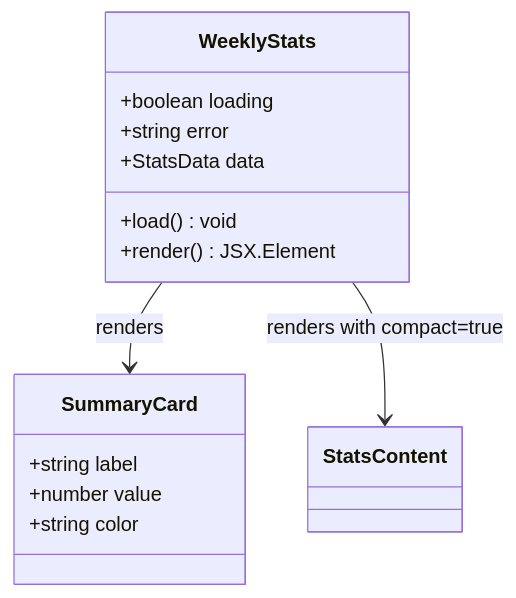
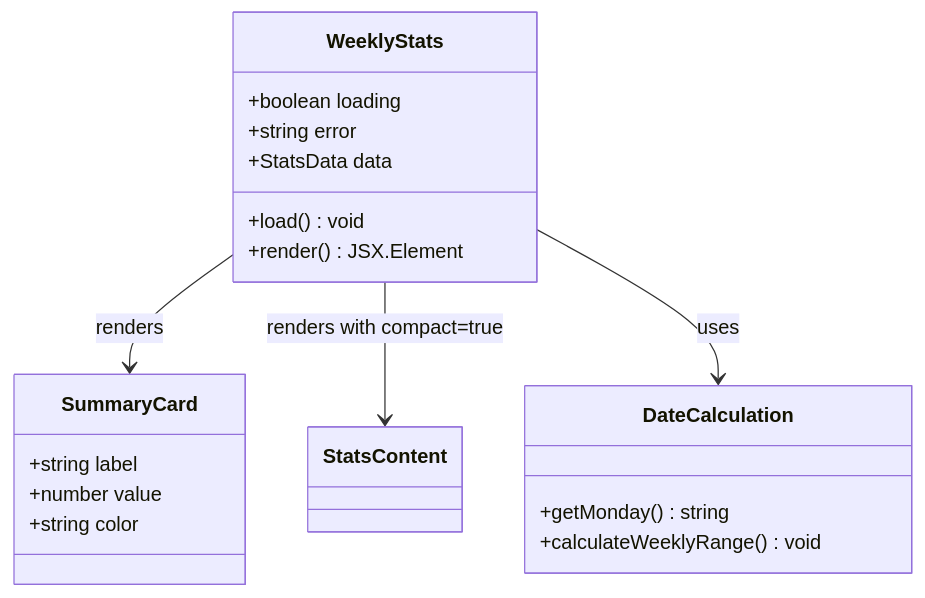
The fifth of 8 diagrams in .qoder/repowiki/en/content/Frontend Components/Commit Statistics Dashboard.md (jrj444/git-daily), drawn with Mermaid before and after one commit. The commit also changed other lines of this file and 6 other files, not shown here.

````diff
--- a/.qoder/repowiki/en/content/Frontend Components/Commit Statistics Dashboard.md
+++ b/.qoder/repowiki/en/content/Frontend Components/Commit Statistics Dashboard.md
@@ -292,17 +299,22 @@
 ```mermaid
 classDiagram
 class WeeklyStats {
 +boolean loading
 +string error
 +StatsData data
 +load() void
 +render() JSX.Element
 }
 class SummaryCard {
 +string label
 +number value
 +string color
 }
+class DateCalculation {
++getMonday() string
++calculateWeeklyRange() void
+}
 WeeklyStats --> SummaryCard : renders
 WeeklyStats --> StatsContent : renders with compact=true
+WeeklyStats --> DateCalculation : uses
 ```
````
